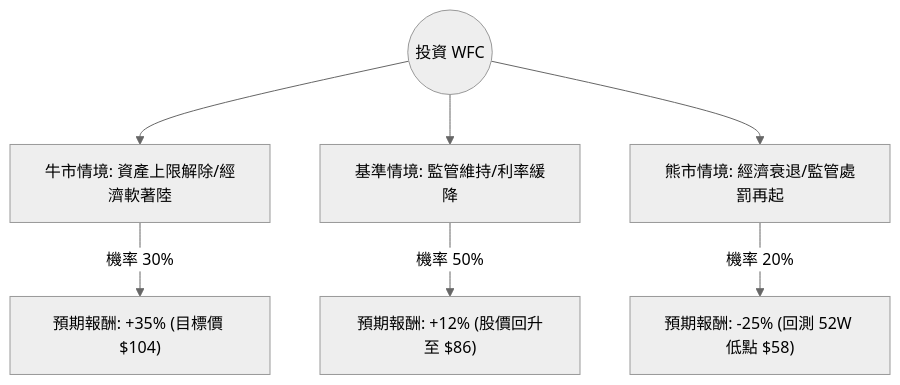
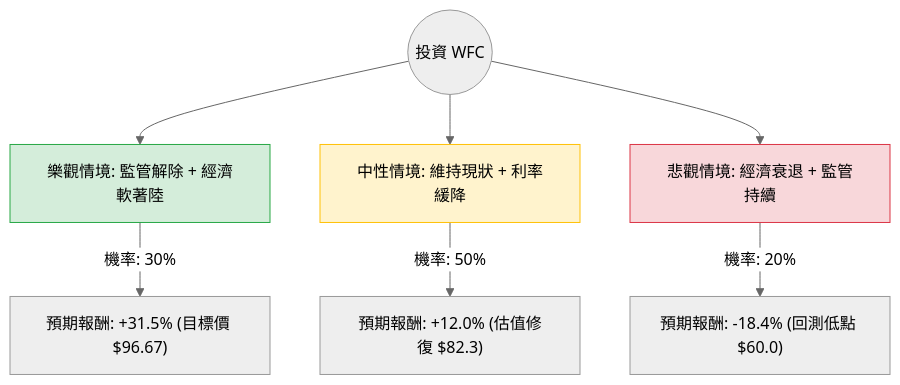
The diagram in plugin-react/ai-analysis/ev-analysis/WFC.md (zmcx16/zmcx16.github.io), drawn with Mermaid (neutral theme) before and after one commit. The commit also changed other lines of this file and 77 other files, not shown here.

````diff
--- a/plugin-react/ai-analysis/ev-analysis/WFC.md
+++ b/plugin-react/ai-analysis/ev-analysis/WFC.md
@@ -22,10 +20,14 @@
 ```mermaid
 graph TD
-    Start((投資 WFC)) --> Bull[牛市情境: 資產上限解除/經濟軟著陸]
-    Start --> Base[基準情境: 監管維持/利率緩降]
-    Start --> Bear[熊市情境: 經濟衰退/監管處罰再起]
+    Start((投資 WFC)) --> Bull[樂觀情境: 監管解除 + 經濟軟著陸]
+    Start --> Base[中性情境: 維持現狀 + 利率緩降]
+    Start --> Bear[悲觀情境: 經濟衰退 + 監管持續]
 
-    Bull -- "機率 30%" --> BullVal["預期報酬: +35% (目標價 $104)"]
-    Base -- "機率 50%" --> BaseVal["預期報酬: +12% (股價回升至 $86)"]
-    Bear -- "機率 20%" --> BearVal["預期報酬: -25% (回測 52W 低點 $58)"]
+    Bull -- "機率: 30%" --> BullResult["預期報酬: +31.5% (目標價 $96.67)"]
+    Base -- "機率: 50%" --> BaseResult["預期報酬: +12.0% (估值修復 $82.3)"]
+    Bear -- "機率: 20%" --> BearResult["預期報酬: -18.4% (回測低點 $60.0)"]
+
+    style Bull fill:#d4edda,stroke:#28a745
+    style Base fill:#fff3cd,stroke:#ffc107
+    style Bear fill:#f8d7da,stroke:#dc3545
 ```
````
